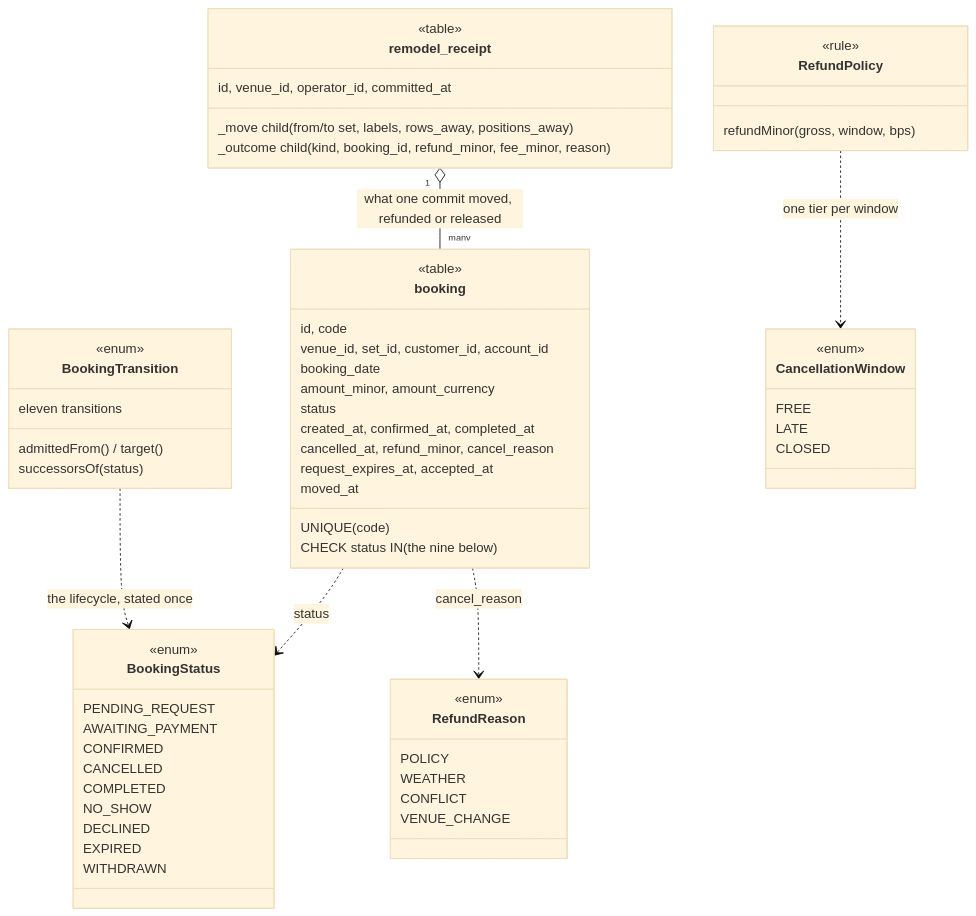
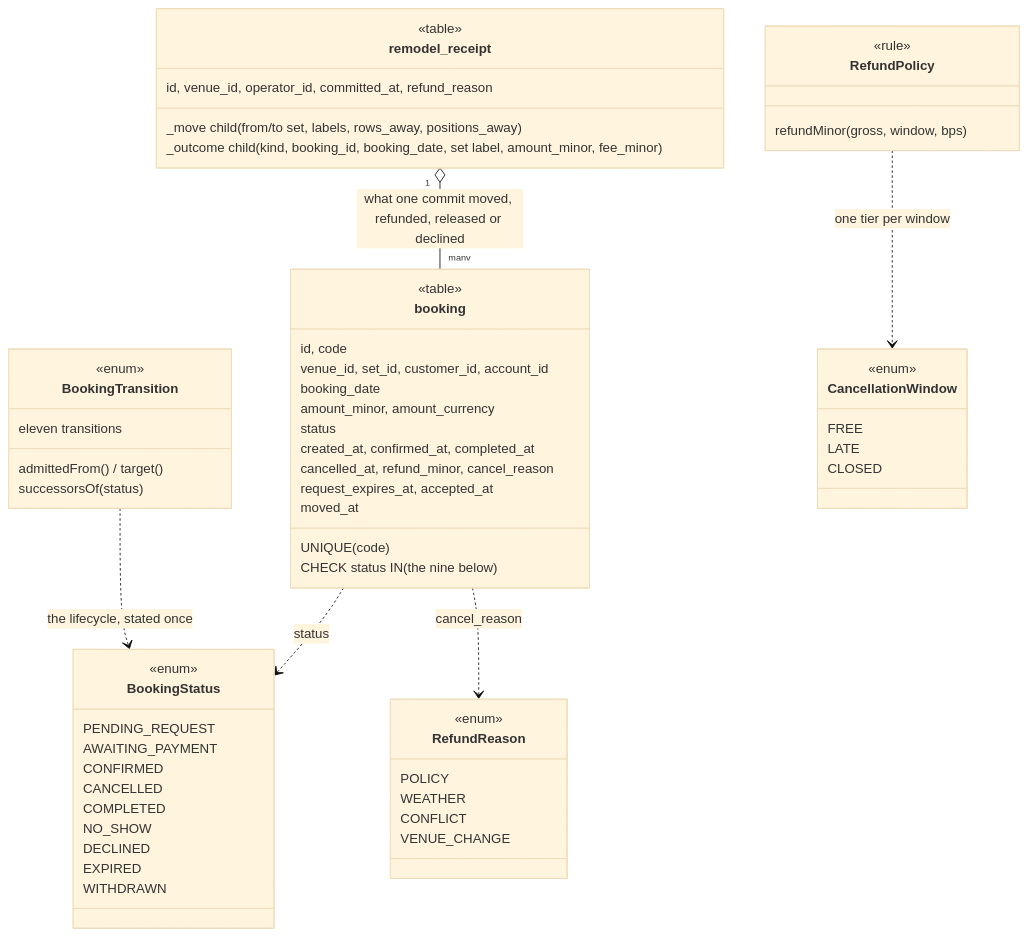
Before and after one commit to ivopogace/riviera-sunbed-booking: the fifth of 15 diagrams in docs/architecture/domain-model.md, drawn with Mermaid (base theme). The commit also changed other lines of this file and 7 other files, not shown here.

````diff
--- a/docs/architecture/domain-model.md
+++ b/docs/architecture/domain-model.md
@@ -322,63 +322,63 @@
 ```mermaid
 classDiagram
     class booking {
         <<table>>
         id, code
         venue_id, set_id, customer_id, account_id
         booking_date
         amount_minor, amount_currency
         status
         created_at, confirmed_at, completed_at
         cancelled_at, refund_minor, cancel_reason
         request_expires_at, accepted_at
         moved_at
         UNIQUE (code)
         CHECK status IN (the nine below)
     }
     class BookingStatus {
         <<enum>>
         PENDING_REQUEST
         AWAITING_PAYMENT
         CONFIRMED
         CANCELLED
         COMPLETED
         NO_SHOW
         DECLINED
         EXPIRED
         WITHDRAWN
     }
     class BookingTransition {
         <<enum>>
         eleven transitions
         admittedFrom() / target()
         successorsOf(status)
     }
     class RefundPolicy {
         <<rule>>
         refundMinor(gross, window, bps)
     }
     class CancellationWindow {
         <<enum>>
         FREE
         LATE
         CLOSED
     }
     class RefundReason {
         <<enum>>
         POLICY
         WEATHER
         CONFLICT
         VENUE_CHANGE
     }
     class remodel_receipt {
         <<table>>
-        id, venue_id, operator_id, committed_at
+        id, venue_id, operator_id, committed_at, refund_reason
         _move child (from/to set, labels, rows_away, positions_away)
-        _outcome child (kind, booking_id, refund_minor, fee_minor, reason)
+        _outcome child (kind, booking_id, booking_date, set label, amount_minor, fee_minor)
     }
     booking ..> BookingStatus : status
     BookingTransition ..> BookingStatus : the lifecycle, stated once
     RefundPolicy ..> CancellationWindow : one tier per window
     booking ..> RefundReason : cancel_reason
-    remodel_receipt "1" o-- "many" booking : what one commit moved, refunded or released
+    remodel_receipt "1" o-- "many" booking : what one commit moved, refunded, released or declined
 ```
````
